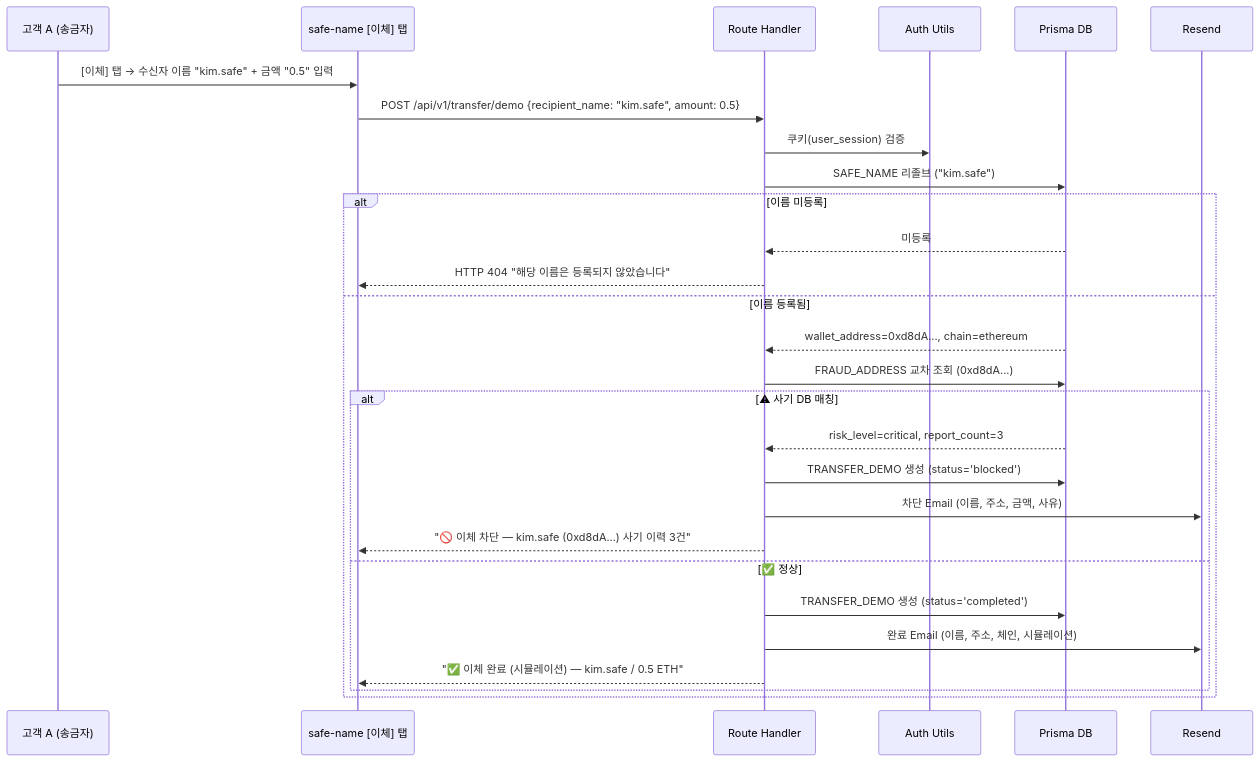
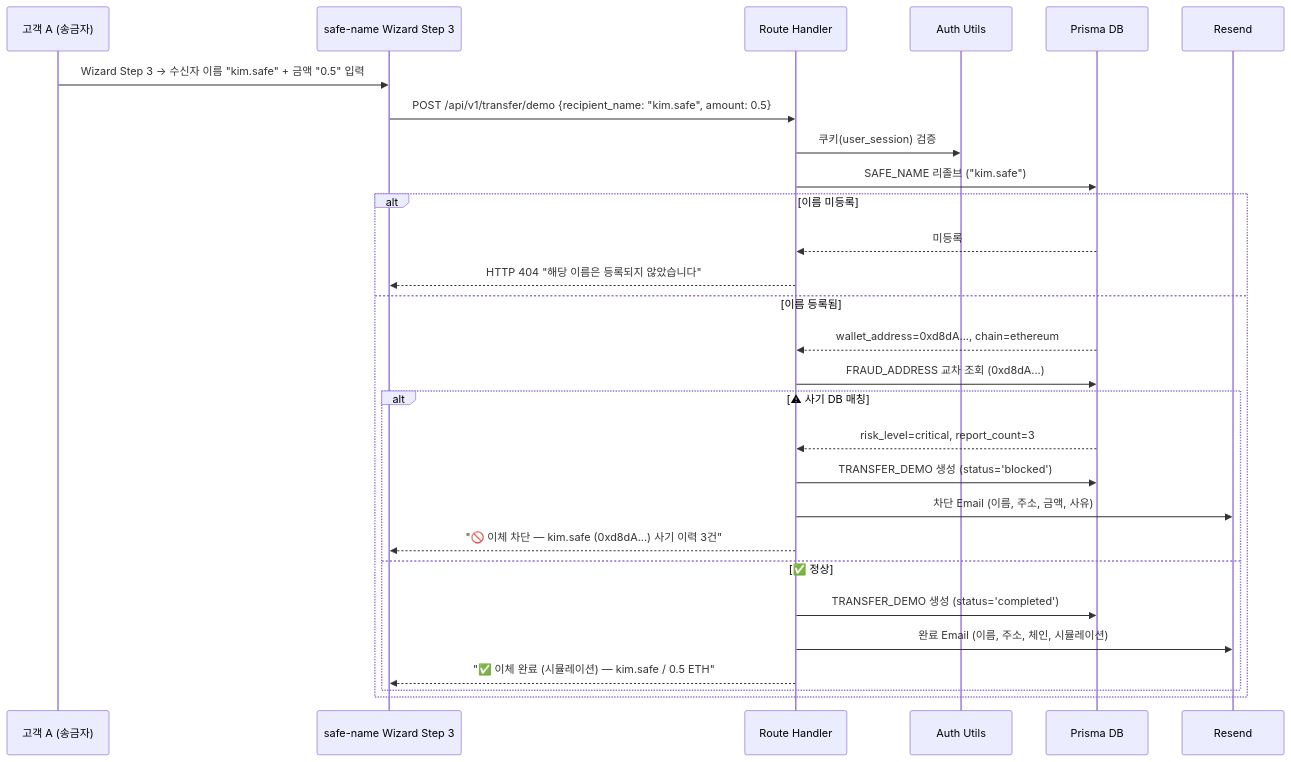
One commit to jwleestd/10.-OnChainSafeNS_MVP_En changed the seventh of 8 diagrams in docs/0.SRS_v1opus46_fn.md. Above: the diagram before and after it, drawn with Mermaid. The commit also changed other lines of this file and 6 other files, not shown here.

````diff
--- a/docs/0.SRS_v1opus46_fn.md
+++ b/docs/0.SRS_v1opus46_fn.md
@@ -652,32 +665,32 @@
 ```mermaid
 sequenceDiagram
     participant A as 고객 A (송금자)
-    participant Page as safe-name [이체] 탭
+    participant Page as safe-name Wizard Step 3
     participant RH as Route Handler
     participant Auth as Auth Utils
     participant DB as Prisma DB
     participant Email as Resend
 
-    A->>Page: [이체] 탭 → 수신자 이름 "kim.safe" + 금액 "0.5" 입력
+    A->>Page: Wizard Step 3 → 수신자 이름 "kim.safe" + 금액 "0.5" 입력
     Page->>RH: POST /api/v1/transfer/demo {recipient_name: "kim.safe", amount: 0.5}
     RH->>Auth: 쿠키(user_session) 검증
     
     RH->>DB: SAFE_NAME 리졸브 ("kim.safe")
     alt 이름 미등록
         DB-->>RH: 미등록
         RH-->>Page: HTTP 404 "해당 이름은 등록되지 않았습니다"
     else 이름 등록됨
         DB-->>RH: wallet_address=0xd8dA..., chain=ethereum
         RH->>DB: FRAUD_ADDRESS 교차 조회 (0xd8dA...)
         alt ⚠ 사기 DB 매칭
             DB-->>RH: risk_level=critical, report_count=3
             RH->>DB: TRANSFER_DEMO 생성 (status='blocked')
             RH->>Email: 차단 Email (이름, 주소, 금액, 사유)
             RH-->>Page: "🚫 이체 차단 — kim.safe (0xd8dA...) 사기 이력 3건"
         else ✅ 정상
             RH->>DB: TRANSFER_DEMO 생성 (status='completed')
             RH->>Email: 완료 Email (이름, 주소, 체인, 시뮬레이션)
             RH-->>Page: "✅ 이체 완료 (시뮬레이션) — kim.safe / 0.5 ETH"
         end
     end
 ```
````
